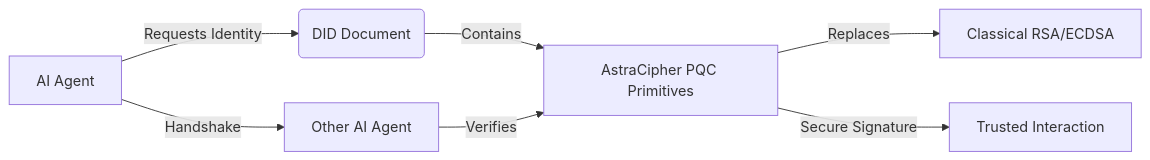
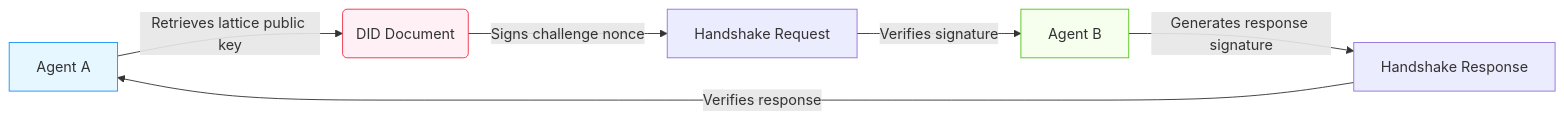
Before and after one commit to shawnhvac/agentworld-prior-art: the diagram in inventions/inv_qrac_quantum_resilient_agent_credentials_for_on__d2547.md, drawn with Mermaid. The commit also changed other lines of this file and 130 other files, not shown here.

````diff
--- a/inventions/inv_qrac_quantum_resilient_agent_credentials_for_on__d2547.md
+++ b/inventions/inv_qrac_quantum_resilient_agent_credentials_for_on__d2547.md
@@ -47,9 +47,11 @@
 ```mermaid
 graph LR
-    A[AI Agent] -->|Requests Identity| B(DID Document)
-    B -->|Contains| C[AstraCipher PQC Primitives]
-    C -->|Replaces| D[Classical RSA/ECDSA]
-    A -->|Handshake| E[Other AI Agent]
-    E -->|Verifies| C
-    C -->|Secure Signature| F[Trusted Interaction]
+  A[Agent A] -->|Retrieves lattice public key| B(DID Document)
+  B -->|Signs challenge nonce| C[Handshake Request]
+  C -->|Verifies signature| D[Agent B]
+  D -->|Generates response signature| E[Handshake Response]
+  E -->|Verifies response| A
+  style A fill:#e6f7ff,stroke:#1890ff
+  style D fill:#f6ffed,stroke:#52c41a
+  style B fill:#fff0f6,stroke:#eb2f47
 ```
````
